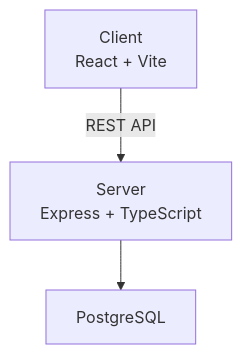
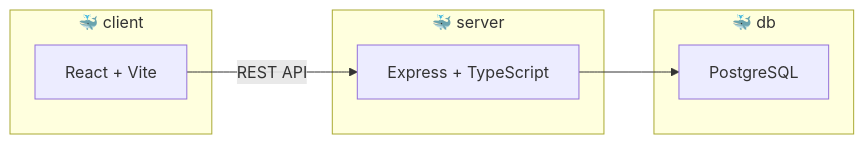
One commit to GeorgeLinardis/Lab_Stockwise changed the diagram in README.md. Above: the diagram before and after it, drawn with Mermaid. The commit also changed other lines of this file and 6 other files, not shown here.

````diff
--- a/README.md
+++ b/README.md
@@ -40,9 +40,17 @@
 ```mermaid
-graph TD
-  Client["Client<br/>React + Vite"]
-  Server["Server<br/>Express + TypeScript"]
-  DB["PostgreSQL"]
+graph LR
+  subgraph client ["🐳 client"]
+    Client["React + Vite"]
+  end
+
+  subgraph server ["🐳 server"]
+    Server["Express + TypeScript"]
+  end
+
+  subgraph db ["🐳 db"]
+    DB["PostgreSQL"]
+  end
 
   Client -->|REST API| Server
   Server --> DB
 ```
````
